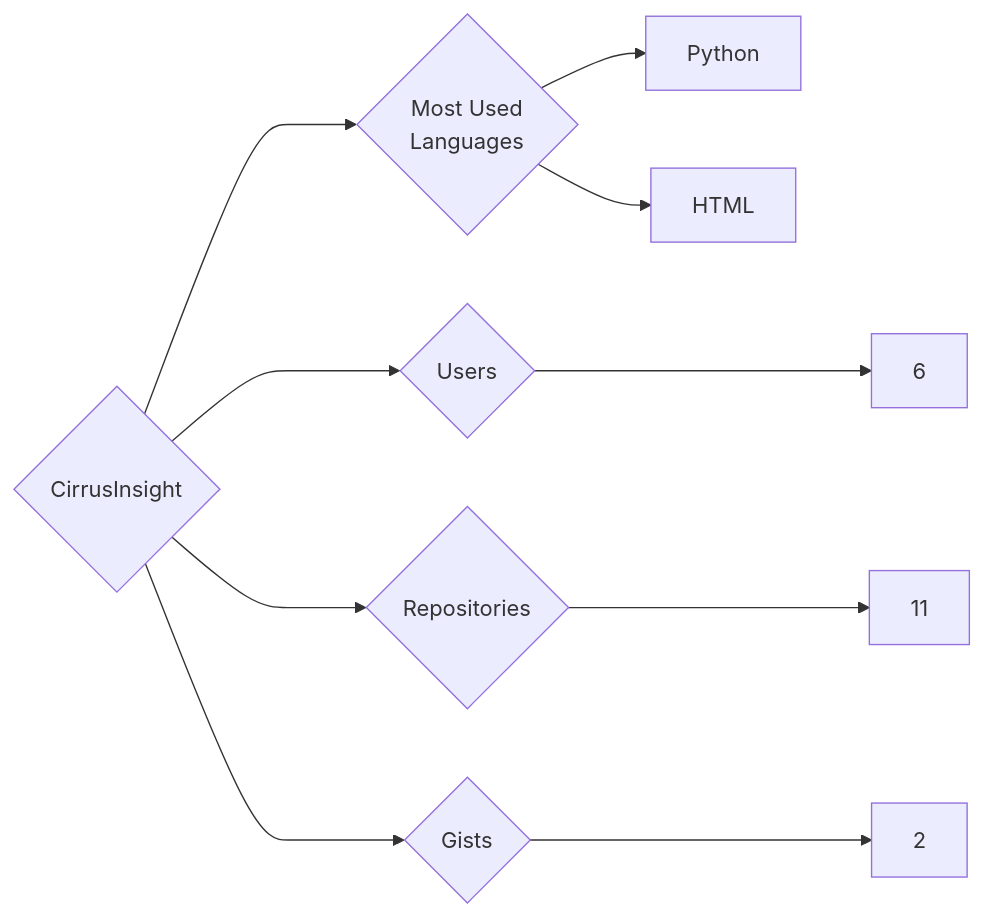
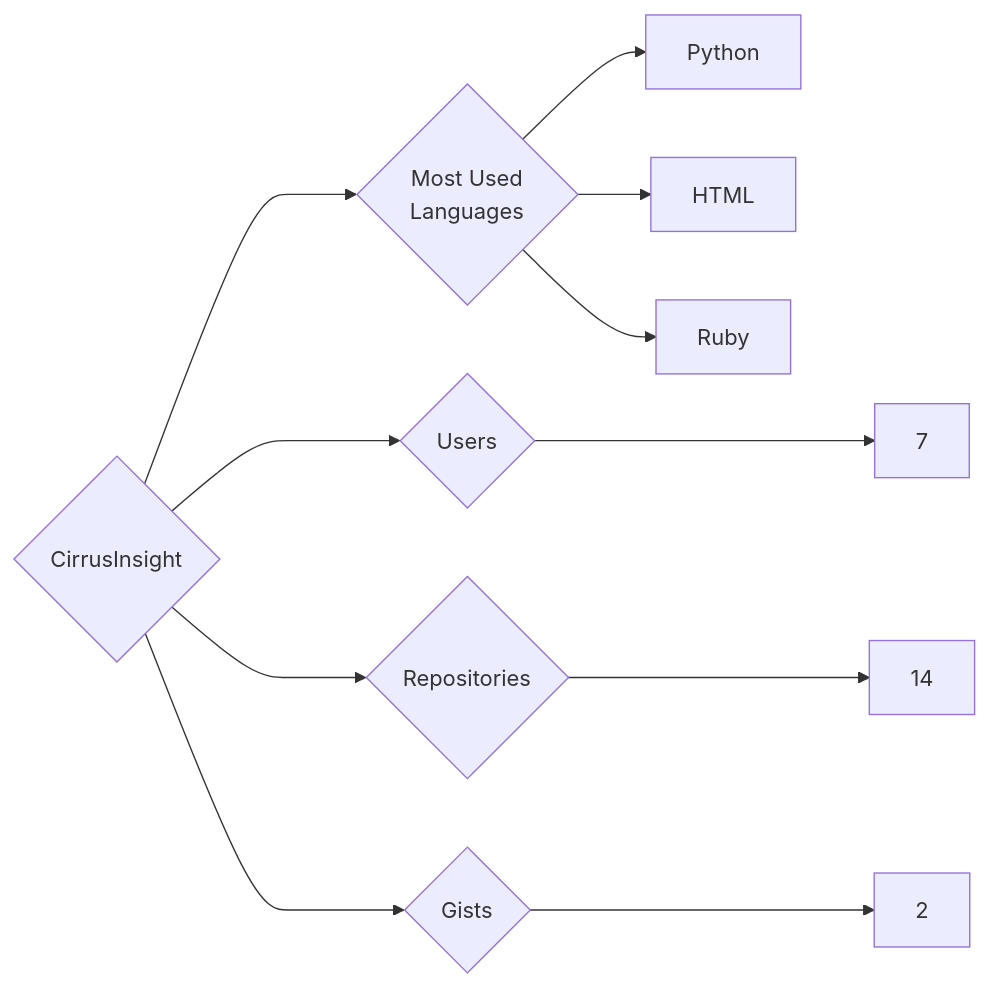
One commit to trickest/insiders changed the diagram in targets/CirrusInsight/README.md. Above: the diagram before and after it, drawn with Mermaid. The commit also changed 618 other files, not shown here.

````diff
--- a/targets/CirrusInsight/README.md
+++ b/targets/CirrusInsight/README.md
@@ -3,10 +3,11 @@
 ```mermaid
 graph LR
 COMPANY_NAME{CirrusInsight}
-COMPANY_NAME ---> U{Users} ---> UN[6]
-COMPANY_NAME ---> R{Repositories} ---> RN[11]
+COMPANY_NAME ---> U{Users} ---> UN[7]
+COMPANY_NAME ---> R{Repositories} ---> RN[14]
 COMPANY_NAME ---> G{Gists} ---> GN[2]
 COMPANY_NAME ---> ML{Most Used<br>Languages}
 ML --> Python[Python]
 ML --> HTML[HTML]
+ML --> Ruby[Ruby]
 ```
````
